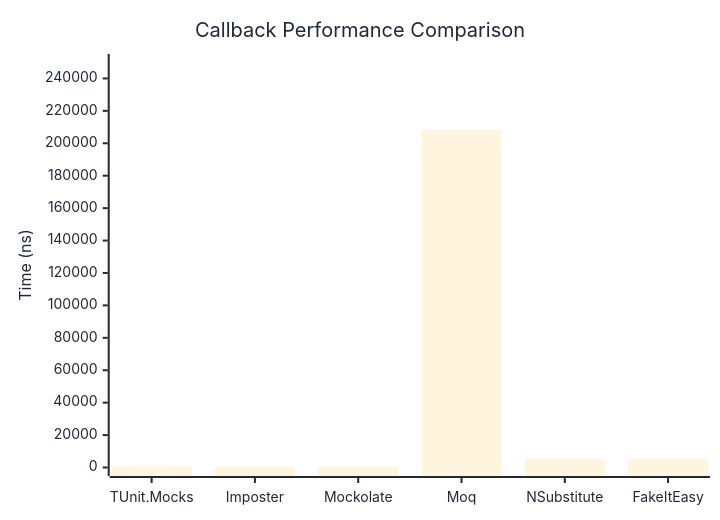
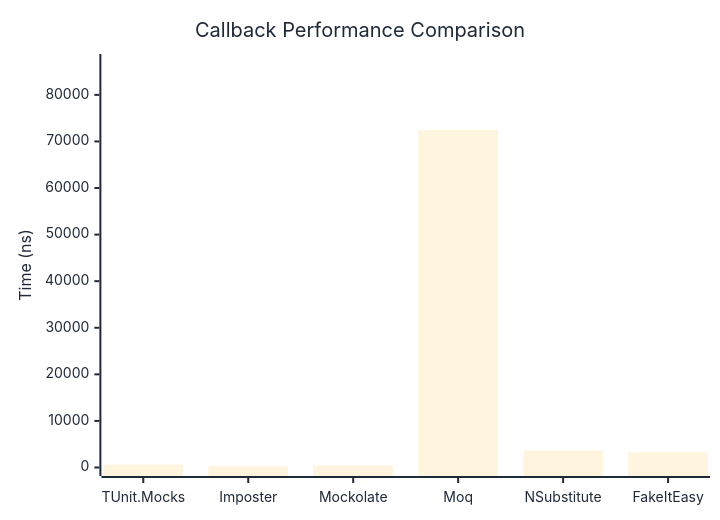
Before and after one commit to thomhurst/TUnit: the first of 2 diagrams in docs/docs/benchmarks/mocks/Callback.md, drawn with Mermaid. The commit also changed other lines of this file and 14 other files, not shown here.

````diff
--- a/docs/docs/benchmarks/mocks/Callback.md
+++ b/docs/docs/benchmarks/mocks/Callback.md
@@ -30,27 +30,27 @@
 ```mermaid
 %%{init: {
   'theme':'base',
   'themeVariables': {
     'primaryColor': '#2563eb',
     'primaryTextColor': '#1f2937',
     'primaryBorderColor': '#1e40af',
     'lineColor': '#6b7280',
     'secondaryColor': '#7c3aed',
     'tertiaryColor': '#dc2626',
     'background': '#ffffff',
     'pie1': '#2563eb',
     'pie2': '#7c3aed',
     'pie3': '#dc2626',
     'pie4': '#f59e0b',
     'pie5': '#10b981',
     'pie6': '#06b6d4',
     'pie7': '#ec4899',
     'pie8': '#6366f1'
   }
 }}%%
 xychart-beta
   title "Callback Performance Comparison"
   x-axis ["TUnit.Mocks", "Imposter", "Mockolate", "Moq", "NSubstitute", "FakeItEasy"]
-  y-axis "Time (ns)" 0 --> 249831
-  bar [765.6, 276.7, 400.7, 208191.9, 5081.8, 5258.3]
+  y-axis "Time (ns)" 0 --> 86949
+  bar [615.9, 238.4, 405.2, 72457.3, 3626.6, 3250.4]
 ```
````
